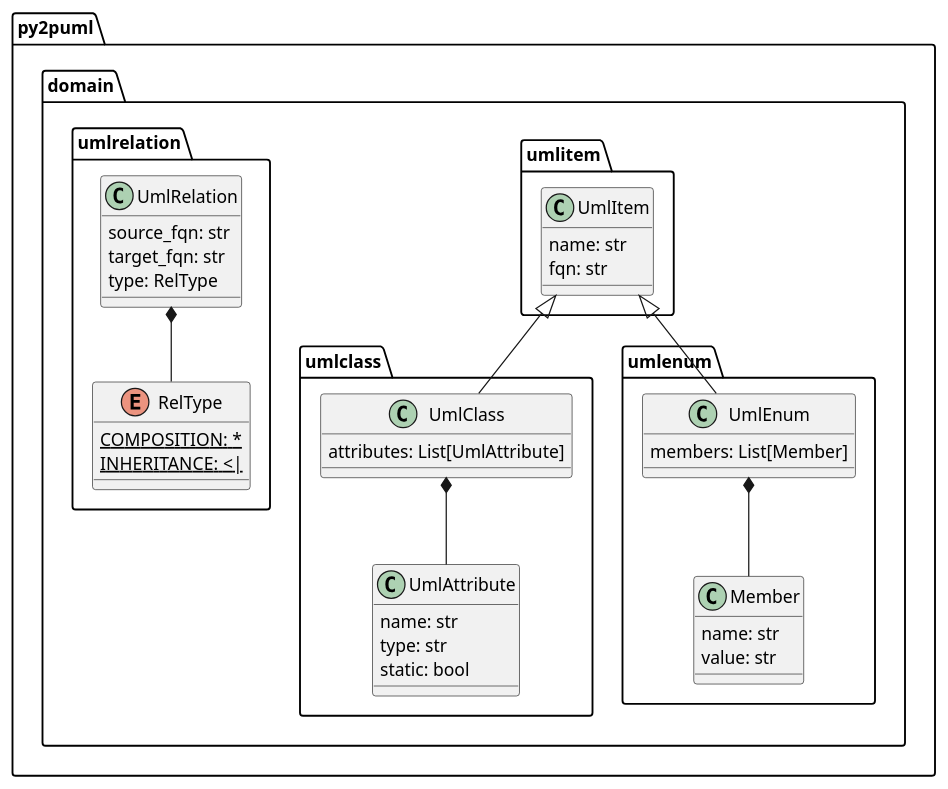
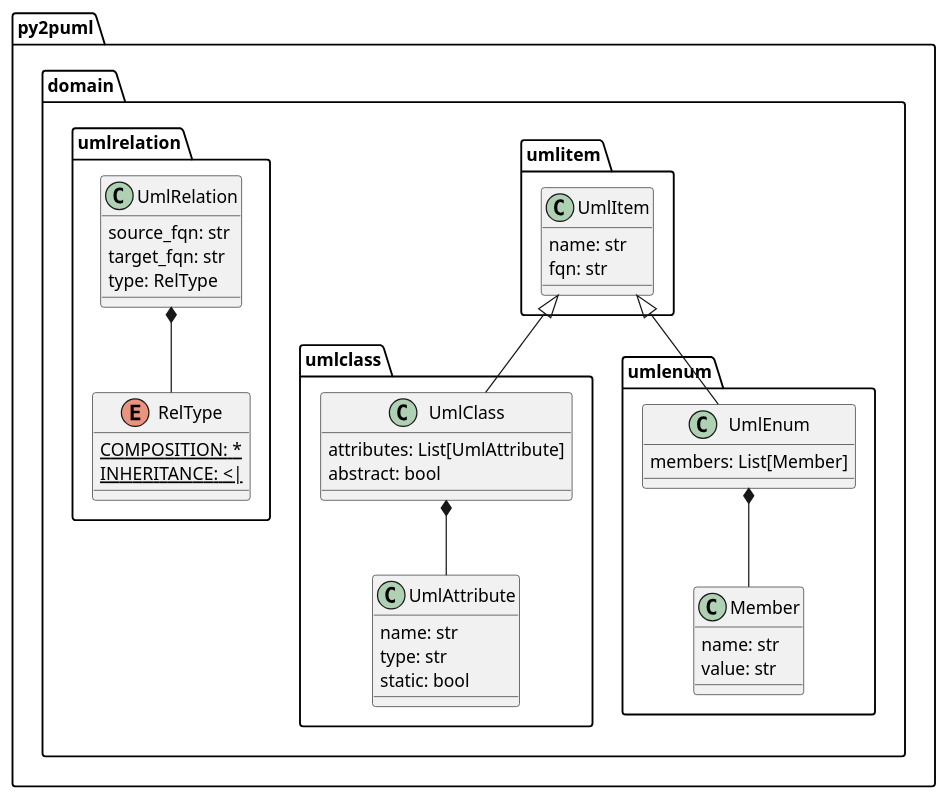
Before and after one commit to lucsorel/py2puml: the diagram in py2puml/py2puml.domain.puml, drawn with PlantUML. The commit also changed other lines of this file and 4 other files, not shown here.

```diff
--- a/py2puml/py2puml.domain.puml
+++ b/py2puml/py2puml.domain.puml
@@ -1,35 +1,36 @@
 @startuml
 class py2puml.domain.umlclass.UmlAttribute {
   name: str
   type: str
   static: bool
 }
 class py2puml.domain.umlclass.UmlClass {
   attributes: List[UmlAttribute]
+  abstract: bool
 }
 class py2puml.domain.umlitem.UmlItem {
   name: str
   fqn: str
 }
 class py2puml.domain.umlenum.Member {
   name: str
   value: str
 }
 class py2puml.domain.umlenum.UmlEnum {
   members: List[Member]
 }
 enum py2puml.domain.umlrelation.RelType {
   COMPOSITION: * {static}
   INHERITANCE: <| {static}
 }
 class py2puml.domain.umlrelation.UmlRelation {
   source_fqn: str
   target_fqn: str
   type: RelType
 }
 py2puml.domain.umlclass.UmlClass *-- py2puml.domain.umlclass.UmlAttribute
 py2puml.domain.umlitem.UmlItem <|-- py2puml.domain.umlclass.UmlClass
 py2puml.domain.umlenum.UmlEnum *-- py2puml.domain.umlenum.Member
 py2puml.domain.umlitem.UmlItem <|-- py2puml.domain.umlenum.UmlEnum
 py2puml.domain.umlrelation.UmlRelation *-- py2puml.domain.umlrelation.RelType
 @enduml
```
